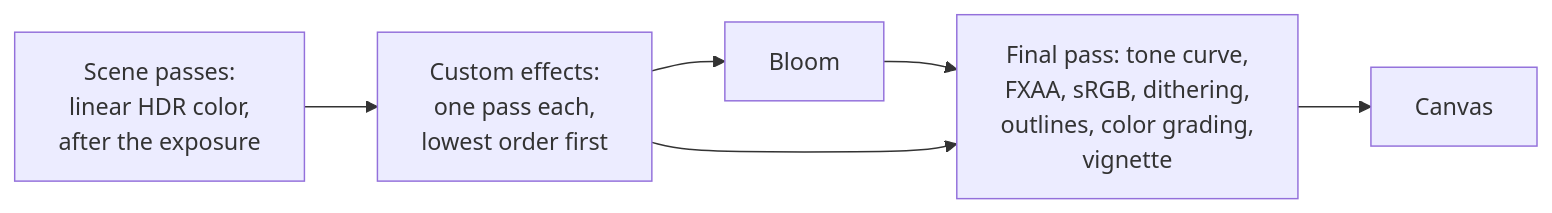
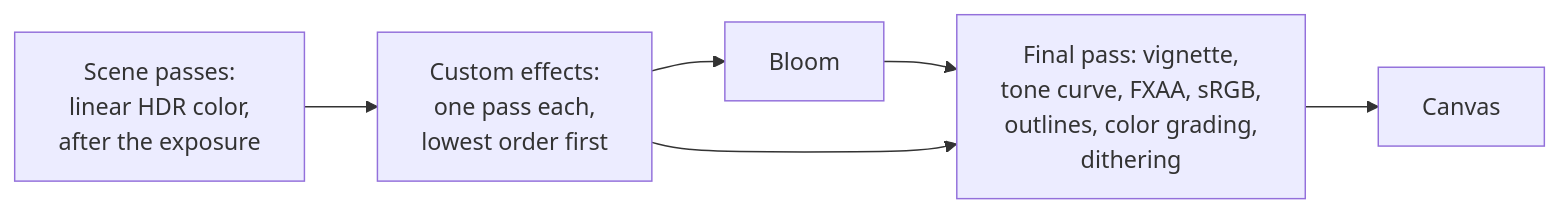
One commit to null3d-engine/null3d changed the diagram in docs/porting/threejs-postprocessing.md. Above: the diagram before and after it, drawn with Mermaid. The commit also changed other lines of this file and 111 other files, not shown here.

First line of the commit message:
feat(engine): move the vignette before the tone curve and dither last (#404)

````diff
--- a/docs/porting/threejs-postprocessing.md
+++ b/docs/porting/threejs-postprocessing.md
@@ -15,8 +15,8 @@
 ```mermaid
 flowchart LR
     scene["Scene passes:<br/>linear HDR color,<br/>after the exposure"] --> effects["Custom effects:<br/>one pass each,<br/>lowest order first"]
     effects --> bloom["Bloom"]
-    bloom --> final["Final pass: tone curve,<br/>FXAA, sRGB, dithering,<br/>outlines, color grading,<br/>vignette"]
+    bloom --> final["Final pass: vignette,<br/>tone curve, FXAA, sRGB,<br/>outlines, color grading,<br/>dithering"]
     effects --> final
     final --> canvas["Canvas"]
 ```
````
